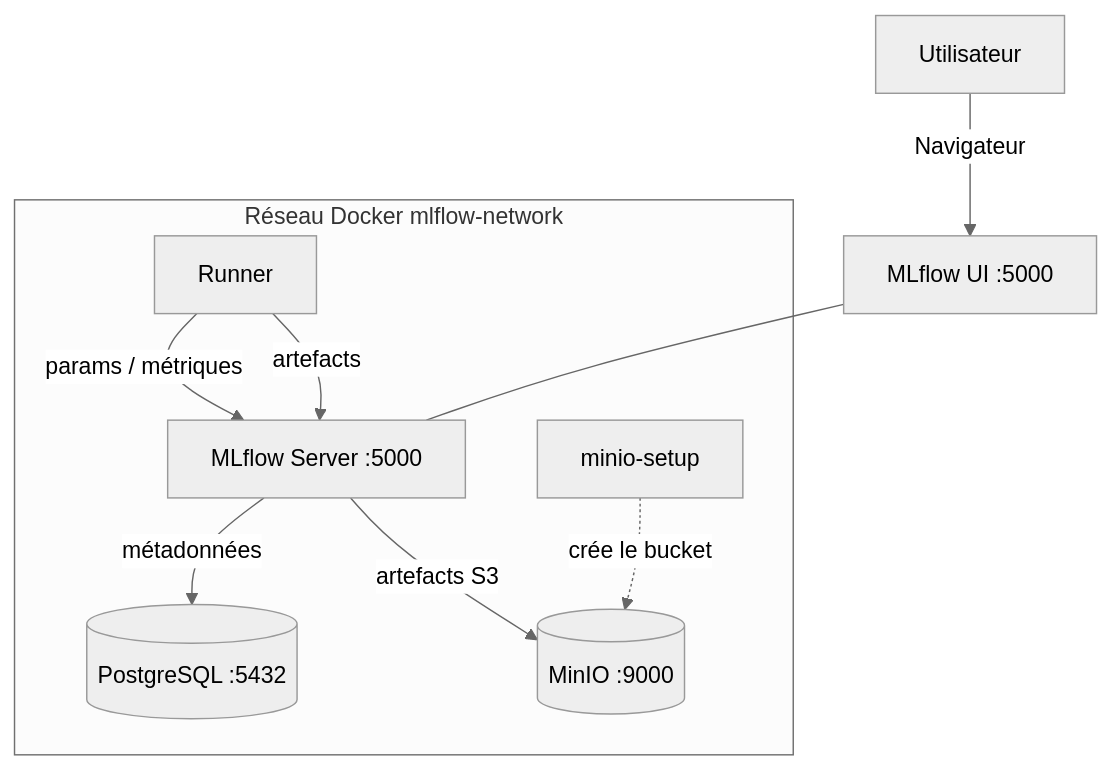
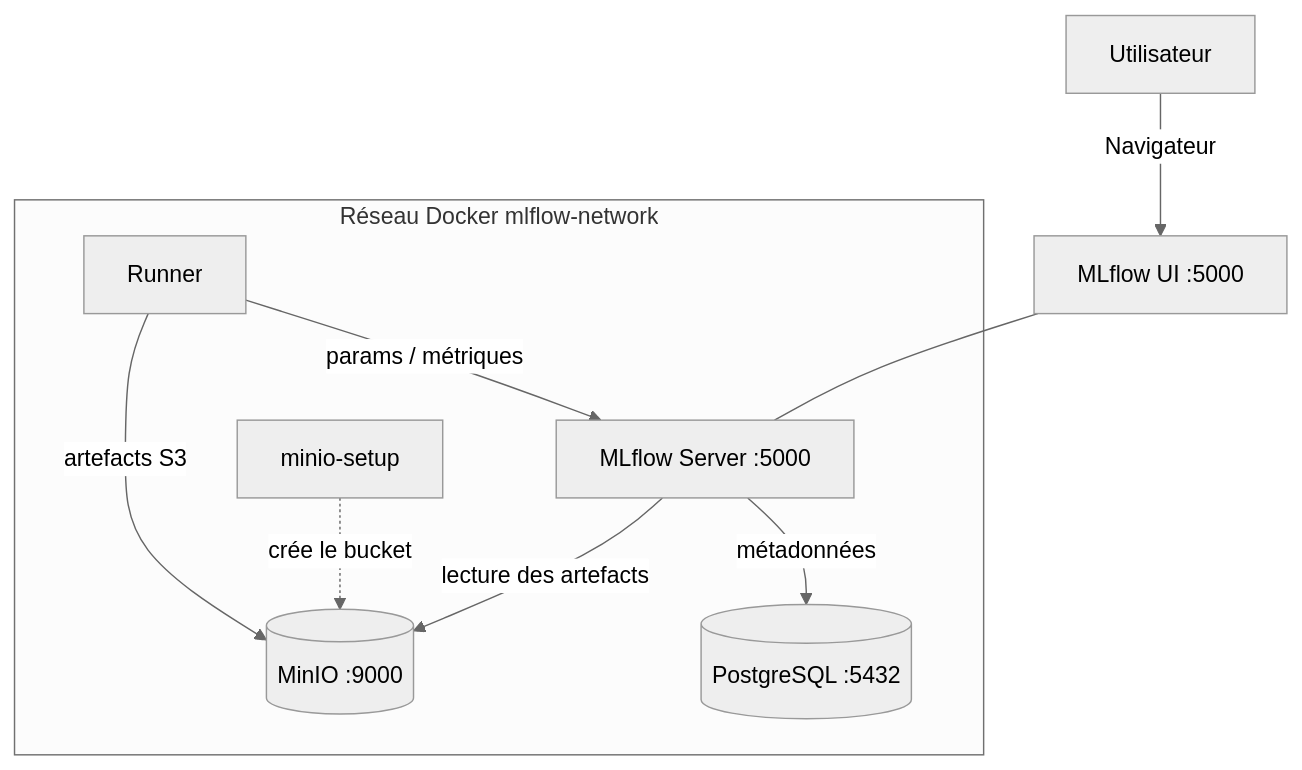
One commit to floSa/MLflow-Test-Bench changed the diagram in documentation/architecture.md. Above: the diagram before and after it, drawn with Mermaid (neutral theme). The commit also changed other lines of this file and 3 other files, not shown here.

````diff
--- a/documentation/architecture.md
+++ b/documentation/architecture.md
@@ -61,12 +64,12 @@
 ```mermaid
 flowchart TD
   user[Utilisateur] -->|Navigateur| ui[MLflow UI :5000]
   subgraph reseau["Réseau Docker mlflow-network"]
     runner[Runner] -->|params / métriques| server[MLflow Server :5000]
-    runner -->|artefacts| server
+    runner -->|artefacts S3| minio[(MinIO :9000)]
     server -->|métadonnées| db[(PostgreSQL :5432)]
-    server -->|artefacts S3| minio[(MinIO :9000)]
+    server -->|lecture des artefacts| minio
     setup[minio-setup] -. crée le bucket .-> minio
   end
   ui --- server
 ```
````
